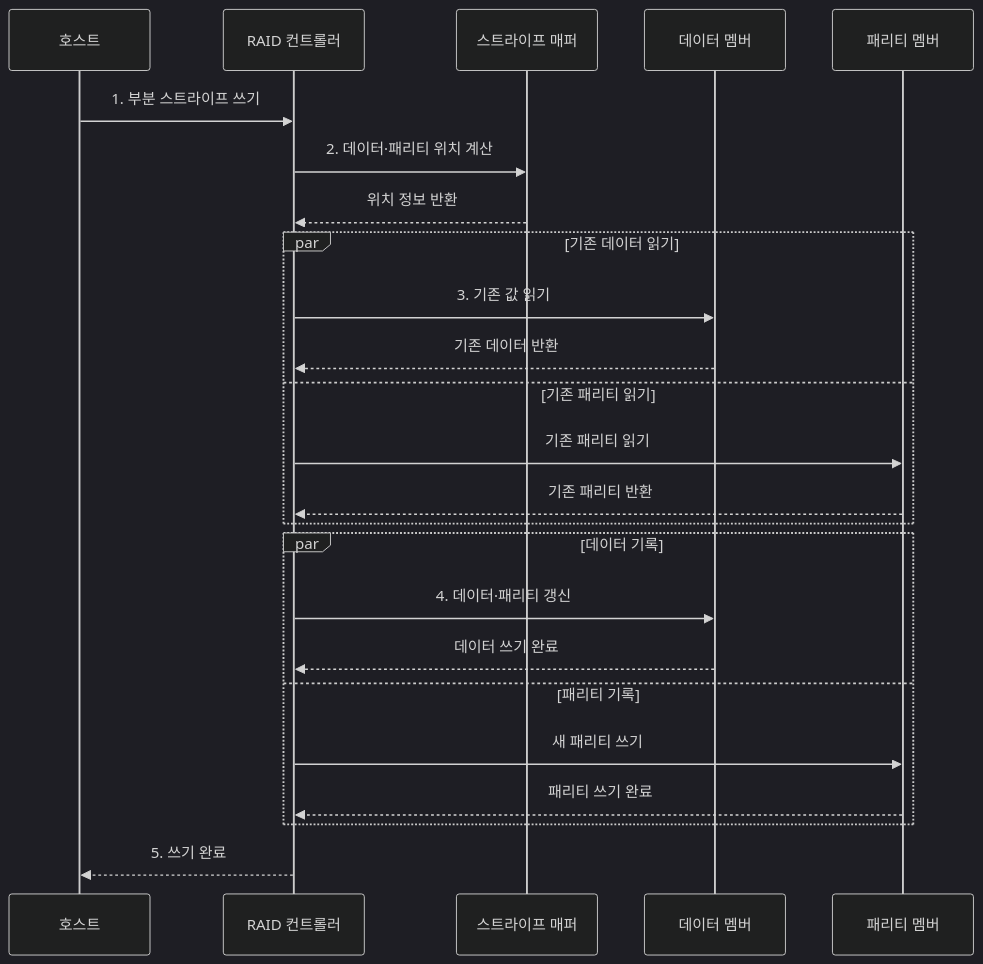
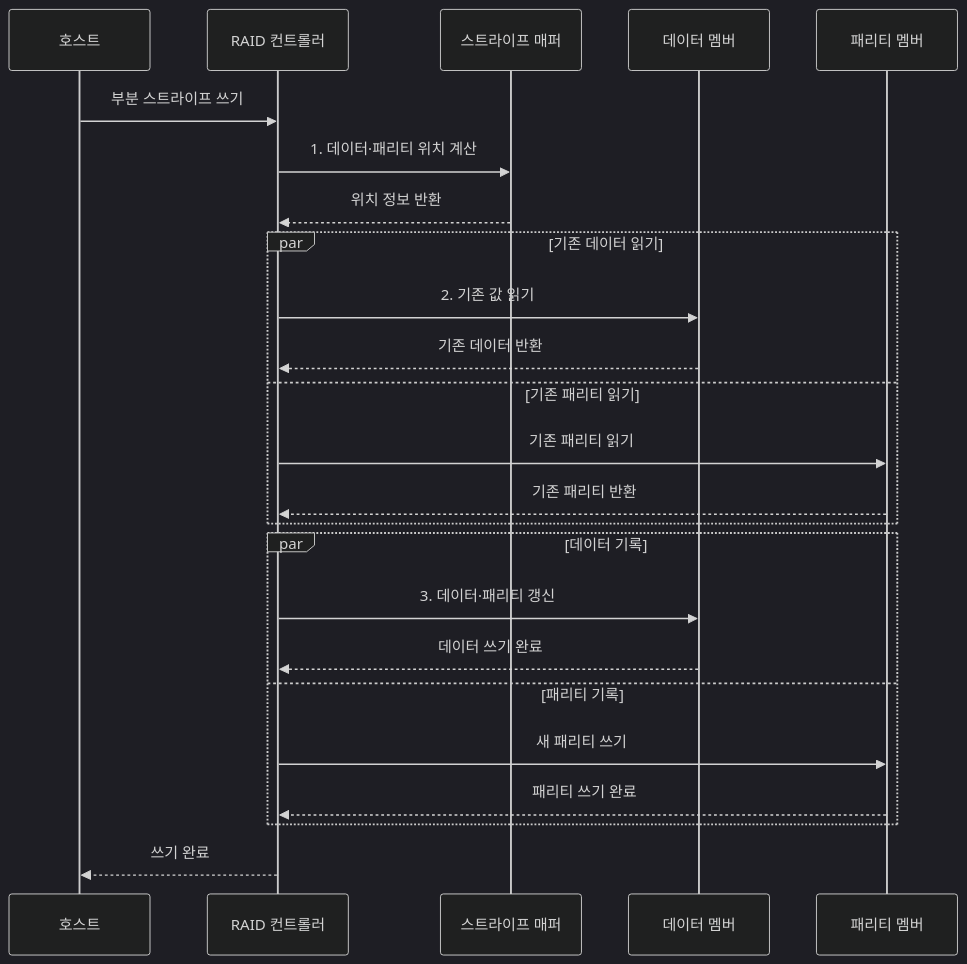
Before and after one commit to agnusdei1207/knowledge-base: the second of 2 diagrams in src/content/docs/notes/02-hardware/032_raid_levels.md, drawn with Mermaid (dark theme). The commit also changed other lines of this file and 20 other files, not shown here.

````diff
--- a/src/content/docs/notes/02-hardware/032_raid_levels.md
+++ b/src/content/docs/notes/02-hardware/032_raid_levels.md
@@ -96,27 +97,27 @@
 ```mermaid
 sequenceDiagram
     participant H as 호스트
     participant C as RAID 컨트롤러
     participant M as 스트라이프 매퍼
     participant D as 데이터 멤버
     participant P as 패리티 멤버
 
-    H->>C: 1. 부분 스트라이프 쓰기
-    C->>M: 2. 데이터·패리티 위치 계산
+    H->>C: 부분 스트라이프 쓰기
+    C->>M: 1. 데이터·패리티 위치 계산
     M-->>C: 위치 정보 반환
     par 기존 데이터 읽기
-        C->>D: 3. 기존 값 읽기
+        C->>D: 2. 기존 값 읽기
         D-->>C: 기존 데이터 반환
     and 기존 패리티 읽기
         C->>P: 기존 패리티 읽기
         P-->>C: 기존 패리티 반환
     end
     par 데이터 기록
-        C->>D: 4. 데이터·패리티 갱신
+        C->>D: 3. 데이터·패리티 갱신
         D-->>C: 데이터 쓰기 완료
     and 패리티 기록
         C->>P: 새 패리티 쓰기
         P-->>C: 패리티 쓰기 완료
     end
-    C-->>H: 5. 쓰기 완료
+    C-->>H: 쓰기 완료
 ```
````
